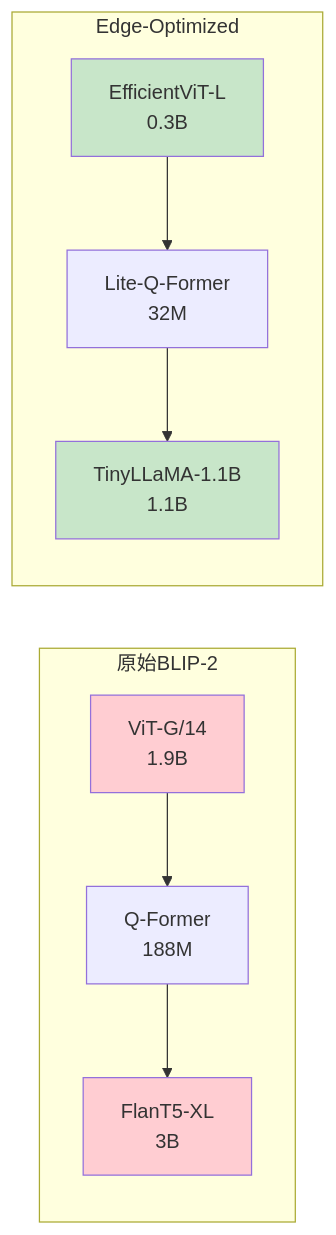
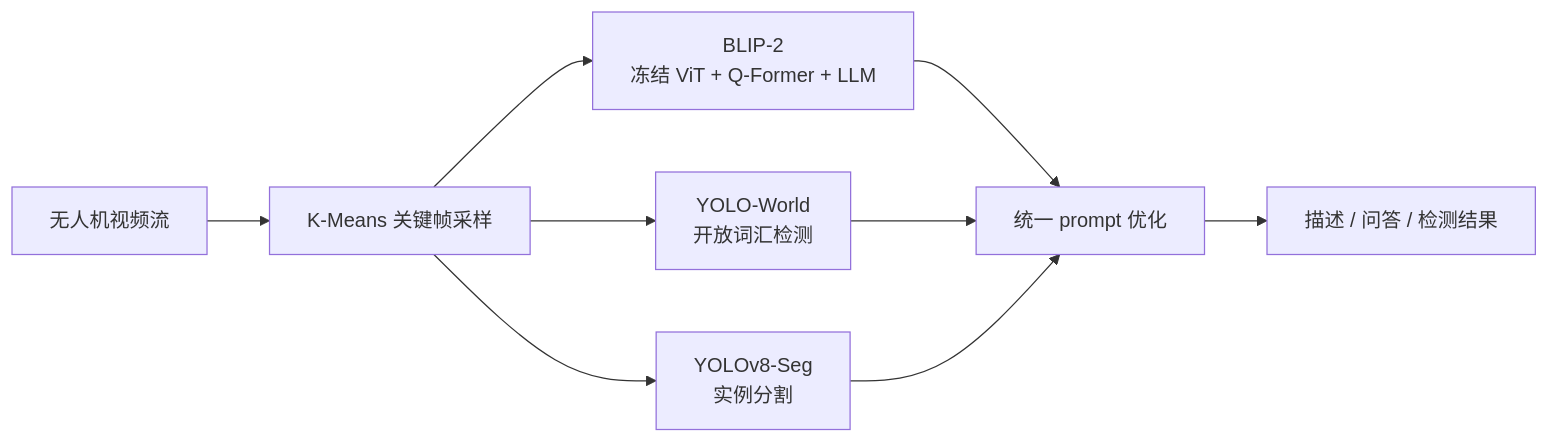
One commit to Qxy661/UAV-WM-VLA-Learning changed the fourth of 11 diagrams in docs/04-VLM专题/04-边缘VLM部署.md. Above: the diagram before and after it, drawn with Mermaid. The commit also changed other lines of this file and 53 other files, not shown here.

````diff
--- a/docs/04-VLM专题/04-边缘VLM部署.md
+++ b/docs/04-VLM专题/04-边缘VLM部署.md
@@ -180,17 +181,11 @@
 ```mermaid
 graph LR
-    subgraph 原始BLIP-2
-        A1[ViT-G/14<br/>1.9B] --> B1[Q-Former<br/>188M]
-        B1 --> C1[FlanT5-XL<br/>3B]
-    end
-    
-    subgraph Edge-Optimized
-        A2[EfficientViT-L<br/>0.3B] --> B2[Lite-Q-Former<br/>32M]
-        B2 --> C2[TinyLLaMA-1.1B<br/>1.1B]
-    end
-    
-    style A1 fill:#ffcdd2
-    style C1 fill:#ffcdd2
-    style A2 fill:#c8e6c9
-    style C2 fill:#c8e6c9
+    A[无人机视频流] --> B[K-Means 关键帧采样]
+    B --> C[BLIP-2<br/>冻结 ViT + Q-Former + LLM]
+    B --> D[YOLO-World<br/>开放词汇检测]
+    B --> E[YOLOv8-Seg<br/>实例分割]
+    C --> F[统一 prompt 优化]
+    D --> F
+    E --> F
+    F --> G[描述 / 问答 / 检测结果]
 ```
````
